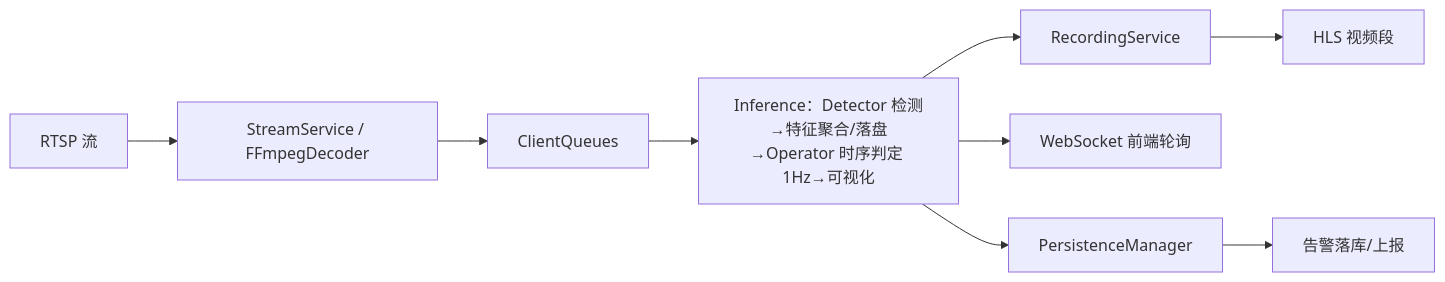
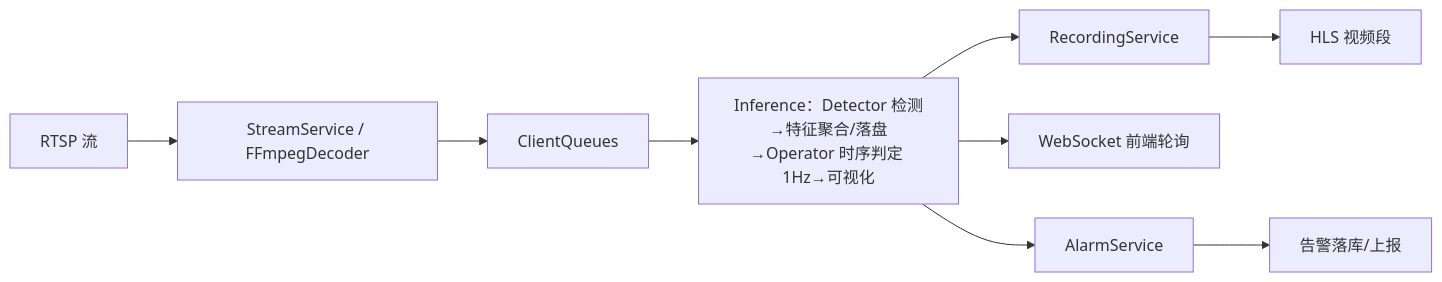
Before and after one commit to Jiadezhende/CleanSightBackend: the diagram in README.md, drawn with Mermaid. The commit also changed other lines of this file and 44 other files, not shown here.

First line of the commit message:
refact(alarm): persistence 改名 alarm，GuardedExecutor 内联进 alarm_worker

````diff
--- a/README.md
+++ b/README.md
@@ -110,11 +110,11 @@
 ```mermaid
 graph LR
     A[RTSP 流] --> B[StreamService / FFmpegDecoder]
     B --> C[ClientQueues]
     C --> D[Inference：Detector 检测→特征聚合/落盘→Operator 时序判定 1Hz→可视化]
     D --> E[RecordingService]
     D --> F[WebSocket 前端轮询]
-    D --> H[PersistenceManager]
+    D --> H[AlarmService]
     E --> G[HLS 视频段]
     H --> I[告警落库/上报]
 ```
````
